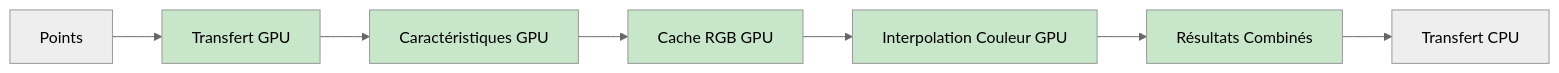
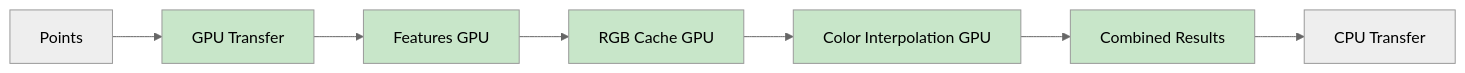
One commit to sducournau/IGN_LIDAR_HD_DATASET changed the third of 4 diagrams in website/i18n/fr/docusaurus-plugin-content-docs/current/architecture.md. Above: the diagram before and after it, drawn with Mermaid (neutral theme). The commit also changed other lines of this file and 42 other files, not shown here.

````diff
--- a/website/i18n/fr/docusaurus-plugin-content-docs/current/architecture.md
+++ b/website/i18n/fr/docusaurus-plugin-content-docs/current/architecture.md
@@ -143,15 +143,15 @@
 ```mermaid
 flowchart LR
-    A[Points] --> B[Transfert GPU]
-    B --> C[Caractéristiques GPU]
-    C --> D[Cache RGB GPU]
-    D --> E[Interpolation Couleur GPU]
-    E --> F[Résultats Combinés]
-    F --> G[Transfert CPU]
+    A[Points] --> B[GPU Transfer]
+    B --> C[Features GPU]
+    C --> D[RGB Cache GPU]
+    D --> E[Color Interpolation GPU]
+    E --> F[Combined Results]
+    F --> G[CPU Transfer]
 
     style B fill:#c8e6c9
     style C fill:#c8e6c9
     style D fill:#c8e6c9
     style E fill:#c8e6c9
     style F fill:#c8e6c9
 ```
````
